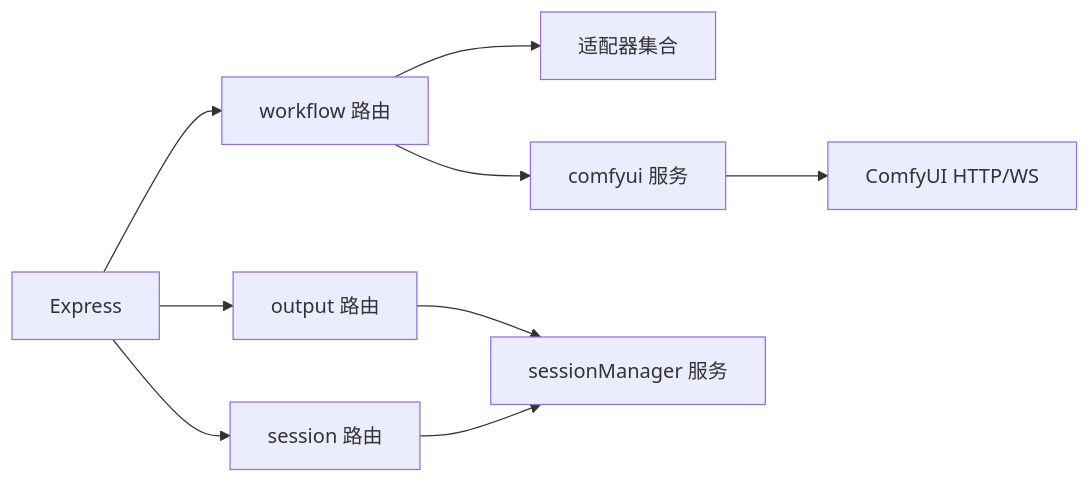
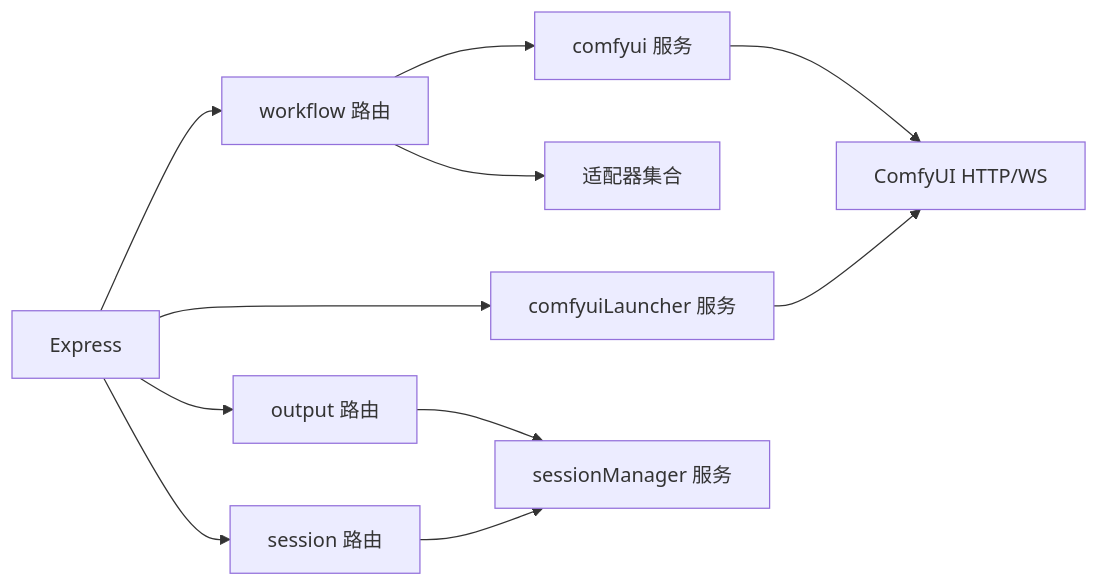
One commit to billye220670/CorineKit_Pix2Real changed the seventh of 7 diagrams in .qoder/repowiki/zh/content/后端服务/后端服务.md. Above: the diagram before and after it, drawn with Mermaid. The commit also changed other lines of this file and 54 other files, not shown here.

First line of the commit message:
feat: 模型下拉菜单元数据管理（缩略图+重命名）及session mask恢复优化

````diff
--- a/.qoder/repowiki/zh/content/后端服务/后端服务.md
+++ b/.qoder/repowiki/zh/content/后端服务/后端服务.md
@@ -295,11 +349,13 @@
 ```mermaid
 graph LR
 Express["Express"] --> RouterW["workflow 路由"]
 Express --> RouterO["output 路由"]
 Express --> RouterS["session 路由"]
+Express --> Launcher["comfyuiLauncher 服务"]
 RouterW --> Adapter["适配器集合"]
 RouterW --> ServiceC["comfyui 服务"]
 RouterO --> ServiceS["sessionManager 服务"]
 RouterS --> ServiceS
 ServiceC --> ComfyUI["ComfyUI HTTP/WS"]
+Launcher --> ComfyUI
 ```
````
